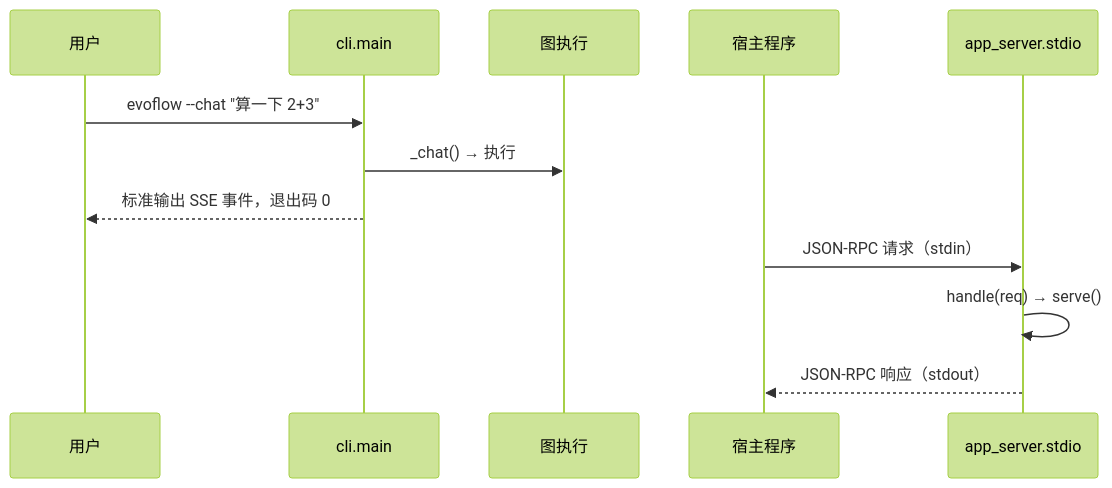
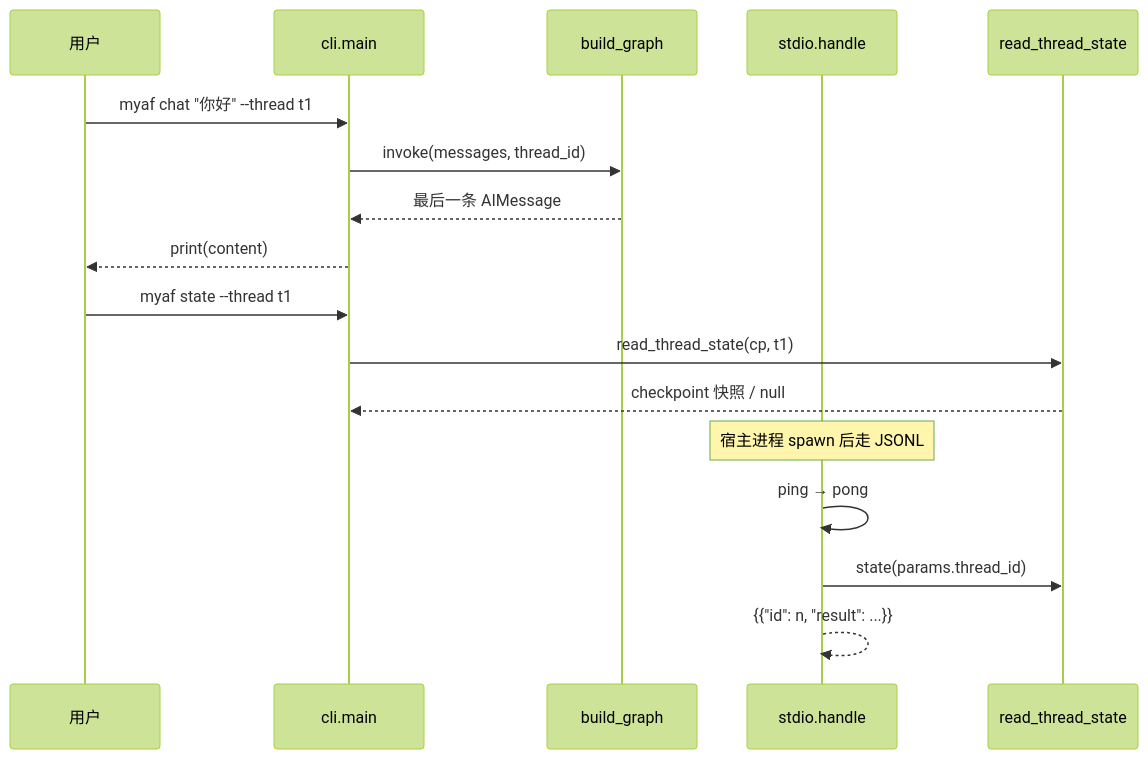
The diagram in work-agent-harness/doc/evoflow-学习规划/02-持久化与运行生命周期/03-CLI与stdio-App-Server.md (G0-000/agent-book), drawn with Mermaid (forest theme) before and after one commit. The commit also changed other lines of this file and 4 other files, not shown here.

````diff
--- a/work-agent-harness/doc/evoflow-学习规划/02-持久化与运行生命周期/03-CLI与stdio-App-Server.md
+++ b/work-agent-harness/doc/evoflow-学习规划/02-持久化与运行生命周期/03-CLI与stdio-App-Server.md
@@ -13,14 +41,19 @@
 ```mermaid
 sequenceDiagram
     participant U as 用户
     participant CLI as cli.main
-    participant GR as 图执行
-    participant H as 宿主程序
-    participant S as app_server.stdio
-    U->>CLI: evoflow --chat "算一下 2+3"
-    CLI->>GR: _chat() → 执行
-    CLI-->>U: 标准输出 SSE 事件，退出码 0
-    H->>S: JSON-RPC 请求（stdin）
-    S->>S: handle(req) → serve()
-    S-->>H: JSON-RPC 响应（stdout）
+    participant G as build_graph
+    participant S as stdio.handle
+    participant R as read_thread_state
+    U->>CLI: myaf chat "你好" --thread t1
+    CLI->>G: invoke(messages, thread_id)
+    G-->>CLI: 最后一条 AIMessage
+    CLI-->>U: print(content)
+    U->>CLI: myaf state --thread t1
+    CLI->>R: read_thread_state(cp, t1)
+    R-->>CLI: checkpoint 快照 / null
+    Note over S: 宿主进程 spawn 后走 JSONL
+    S->>S: ping → pong
+    S->>R: state(params.thread_id)
+    S-->>S: {{"id": n, "result": ...}}
 ```
````
